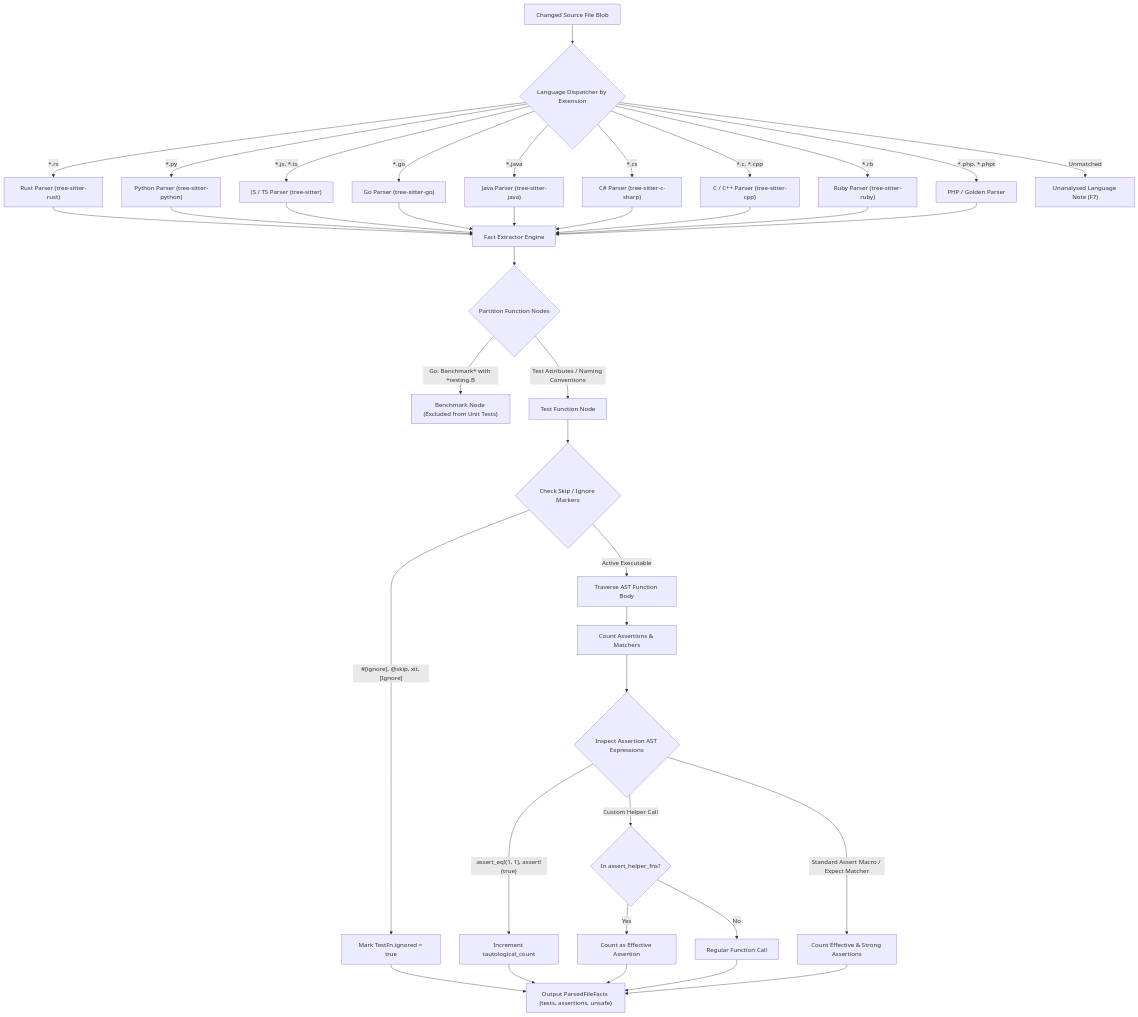
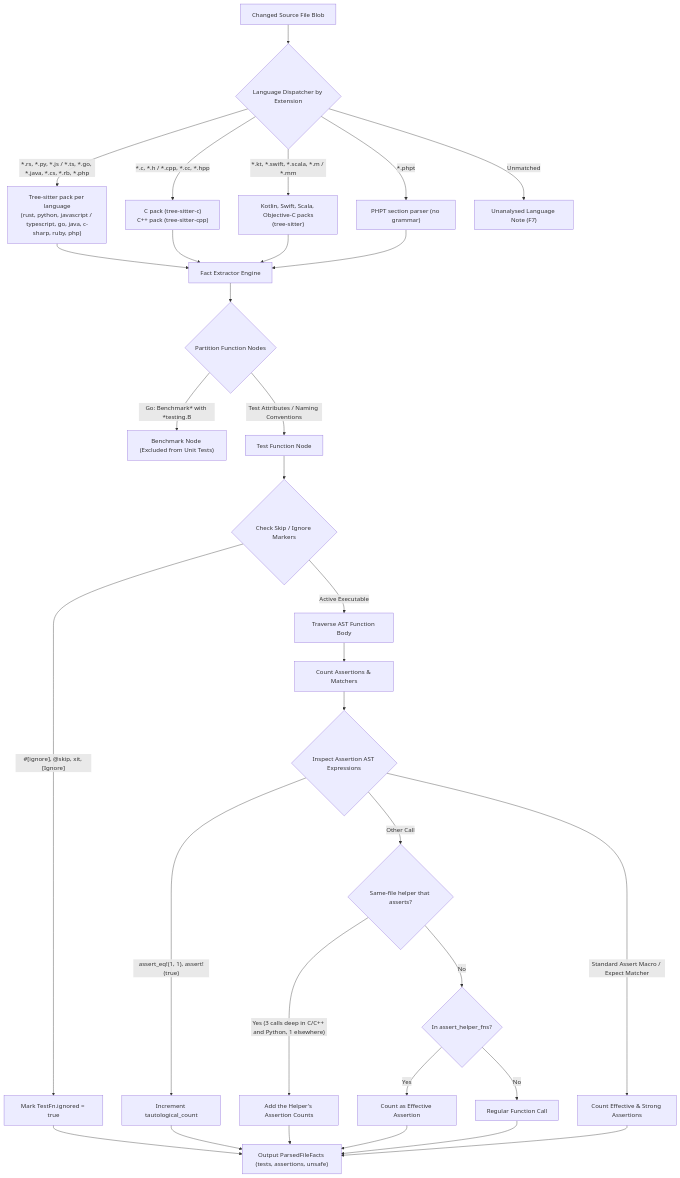
Before and after one commit to actions-marketplace-validations/orieg_discipline: the fourth of 4 diagrams in docs/ARCHITECTURE.md, drawn with Mermaid. The commit also changed other lines of this file and 18 other files, not shown here.

First line of the commit message:
docs: align gate, configuration and architecture docs with the code (#199)

````diff
--- a/docs/ARCHITECTURE.md
+++ b/docs/ARCHITECTURE.md
@@ -133,46 +127,39 @@
 ```mermaid
 flowchart TD
     SRC["Changed Source File Blob"] --> LANG{"Language Dispatcher by Extension"}
-    LANG -->|"*.rs"| P_RS["Rust Parser (tree-sitter-rust)"]
-    LANG -->|"*.py"| P_PY["Python Parser (tree-sitter-python)"]
-    LANG -->|"*.js, *.ts"| P_JS["JS / TS Parser (tree-sitter)"]
-    LANG -->|"*.go"| P_GO["Go Parser (tree-sitter-go)"]
-    LANG -->|"*.java"| P_JV["Java Parser (tree-sitter-java)"]
-    LANG -->|"*.cs"| P_CS["C# Parser (tree-sitter-c-sharp)"]
-    LANG -->|"*.c, *.cpp"| P_CPP["C / C++ Parser (tree-sitter-cpp)"]
-    LANG -->|"*.rb"| P_RB["Ruby Parser (tree-sitter-ruby)"]
-    LANG -->|"*.php, *.phpt"| P_PHP["PHP / Golden Parser"]
+    LANG -->|"*.rs, *.py, *.js / *.ts, *.go, *.java, *.cs, *.rb, *.php"| P_TS["Tree-sitter pack per language<br/>(rust, python, javascript / typescript, go, java, c-sharp, ruby, php)"]
+    LANG -->|"*.c, *.h / *.cpp, *.cc, *.hpp"| P_CPP["C pack (tree-sitter-c)<br/>C++ pack (tree-sitter-cpp)"]
+    LANG -->|"*.kt, *.swift, *.scala, *.m / *.mm"| P_NEW["Kotlin, Swift, Scala, Objective-C packs<br/>(tree-sitter)"]
+    LANG -->|"*.phpt"| P_PHPT["PHPT section parser (no grammar)"]
     LANG -->|"Unmatched"| UNK["Unanalysed Language Note (F7)"]
 
-    P_RS --> EXT["Fact Extractor Engine"]
-    P_PY --> EXT
-    P_JS --> EXT
-    P_GO --> EXT
-    P_JV --> EXT
-    P_CS --> EXT
+    P_TS --> EXT["Fact Extractor Engine"]
     P_CPP --> EXT
-    P_RB --> EXT
-    P_PHP --> EXT
+    P_NEW --> EXT
+    P_PHPT --> EXT
 
     EXT --> T_DISC{"Partition Function Nodes"}
     T_DISC -->|"Go: Benchmark* with *testing.B"| BENCH_NODE["Benchmark Node (Excluded from Unit Tests)"]
     T_DISC -->|"Test Attributes / Naming Conventions"| TEST_NODE["Test Function Node"]
 
     TEST_NODE --> SKIP{"Check Skip / Ignore Markers"}
     SKIP -->|"#[ignore], @skip, xit, [Ignore]"| FLG_SKIP["Mark TestFn.ignored = true"]
     SKIP -->|"Active Executable"| SCAN_AST["Traverse AST Function Body"]
 
     SCAN_AST --> CNT_ASSERT["Count Assertions & Matchers"]
     CNT_ASSERT --> TAUT{"Inspect Assertion AST Expressions"}
     TAUT -->|"assert_eq!(1, 1), assert!(true)"| FLG_TAUT["Increment tautological_count"]
-    TAUT -->|"Custom Helper Call"| CHK_HELP{"In assert_helper_fns?"}
+    TAUT -->|"Other Call"| SAME_FILE{"Same-file helper that asserts?"}
+    SAME_FILE -->|"Yes (3 calls deep in C/C++ and Python, 1 elsewhere)"| ADD_HELP["Add the Helper's Assertion Counts"]
+    SAME_FILE -->|"No"| CHK_HELP{"In assert_helper_fns?"}
     CHK_HELP -->|"Yes"| INC_HELP["Count as Effective Assertion"]
     CHK_HELP -->|"No"| REG_CALL["Regular Function Call"]
     TAUT -->|"Standard Assert Macro / Expect Matcher"| INC_STD["Count Effective & Strong Assertions"]
 
     FLG_SKIP --> FACTS["Output ParsedFileFacts (tests, assertions, unsafe)"]
     FLG_TAUT --> FACTS
     INC_HELP --> FACTS
+    ADD_HELP --> FACTS
     INC_STD --> FACTS
     REG_CALL --> FACTS
 ```
````
